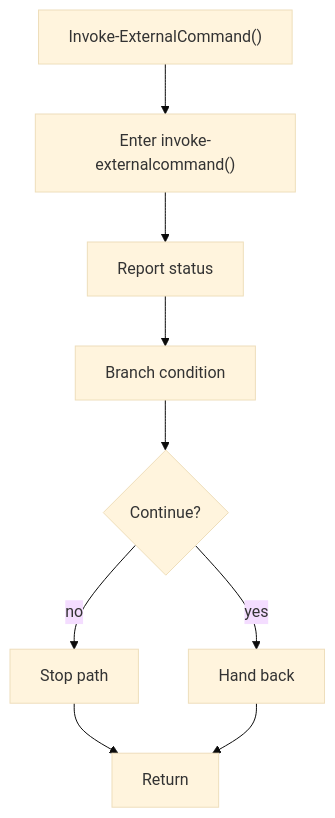
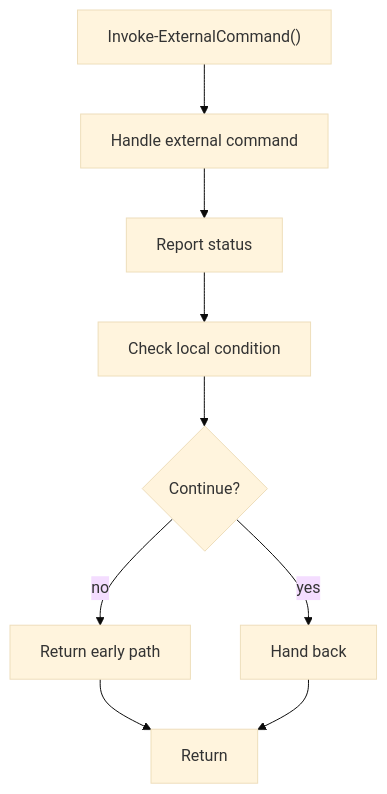
The diagram in docs/Codebase/Infrastructure/session-orchestration/bootstrap_and_deploy/functions/invoke_externalcommand.ps1.md (JohnAndrewBalbarosa/NeoTerritory), drawn with Mermaid (base theme) before and after one commit. The commit also changed other lines of this file and 925 other files, not shown here.

````diff
--- a/docs/Codebase/Infrastructure/session-orchestration/bootstrap_and_deploy/functions/invoke_externalcommand.ps1.md
+++ b/docs/Codebase/Infrastructure/session-orchestration/bootstrap_and_deploy/functions/invoke_externalcommand.ps1.md
@@ -18,19 +18,19 @@
 ```mermaid
 flowchart TD
     Start["Invoke-ExternalCommand()"]
-    N0["Enter invoke-externalcommand()"]
+    N0["Handle external command"]
     N1["Report status"]
-    N2["Branch condition"]
+    N2["Check local condition"]
     D2{"Continue?"}
-    R2["Stop path"]
+    R2["Return early path"]
     N3["Hand back"]
     End["Return"]
     Start --> N0
     N0 --> N1
     N1 --> N2
     N2 --> D2
     D2 -->|yes| N3
     D2 -->|no| R2
     R2 --> End
     N3 --> End
 ```
````
